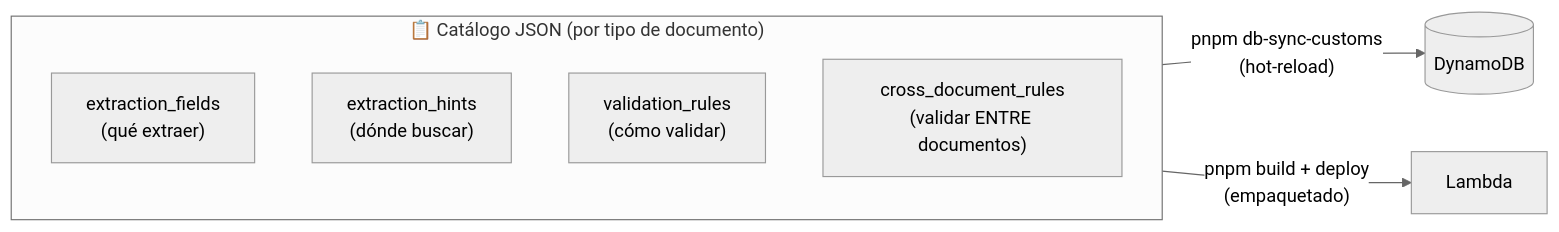
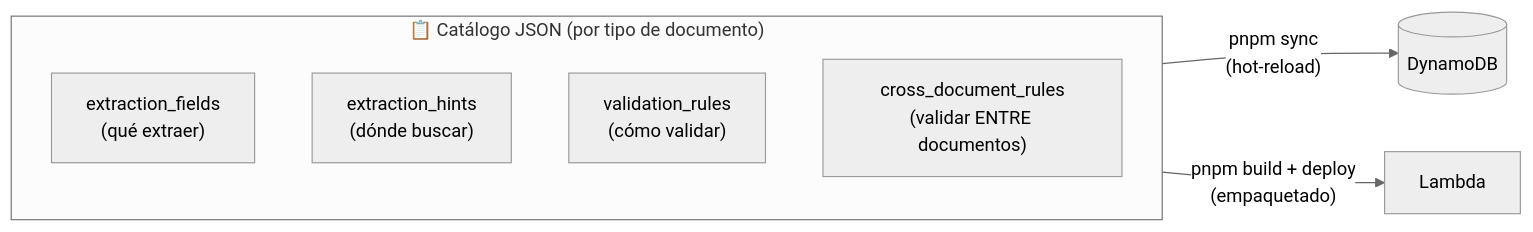
Before and after one commit to LuisHM5/idp: the third of 6 diagrams in documentacion/COMO_FUNCIONA.md, drawn with Mermaid (neutral theme). The commit also changed other lines of this file and 64 other files, not shown here.

````diff
--- a/documentacion/COMO_FUNCIONA.md
+++ b/documentacion/COMO_FUNCIONA.md
@@ -96,11 +96,11 @@
 ```mermaid
 flowchart LR
     subgraph Catalogo["📋 Catálogo JSON (por tipo de documento)"]
         A["extraction_fields<br/>(qué extraer)"]
         B["extraction_hints<br/>(dónde buscar)"]
         C["validation_rules<br/>(cómo validar)"]
         D["cross_document_rules<br/>(validar ENTRE documentos)"]
     end
-    Catalogo -->|"pnpm db-sync-customs<br/>(hot-reload)"| E[("DynamoDB")]
+    Catalogo -->|"pnpm sync<br/>(hot-reload)"| E[("DynamoDB")]
     Catalogo -->|"pnpm build + deploy<br/>(empaquetado)"| F["Lambda"]
 ```
````
